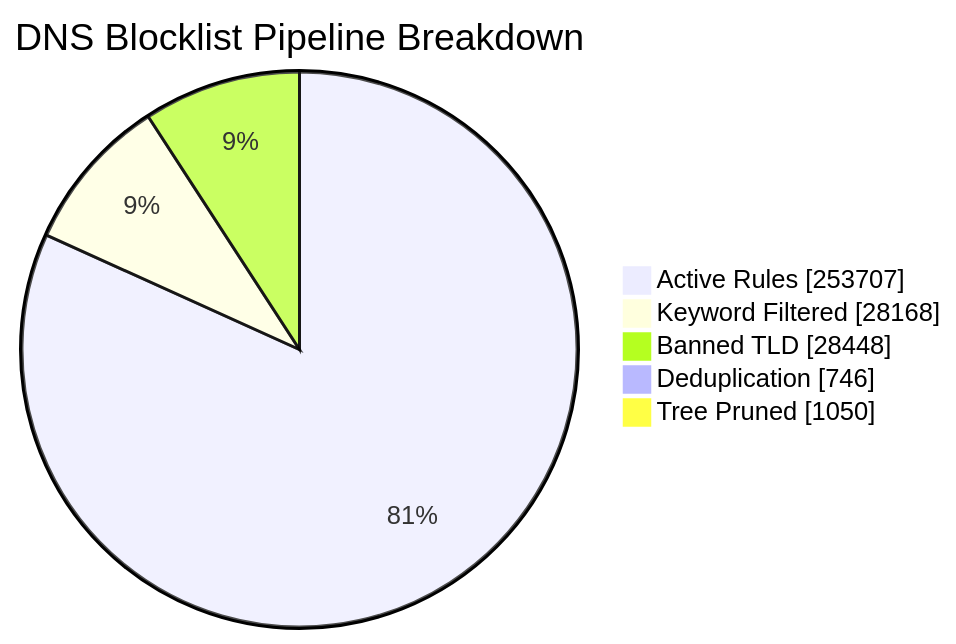
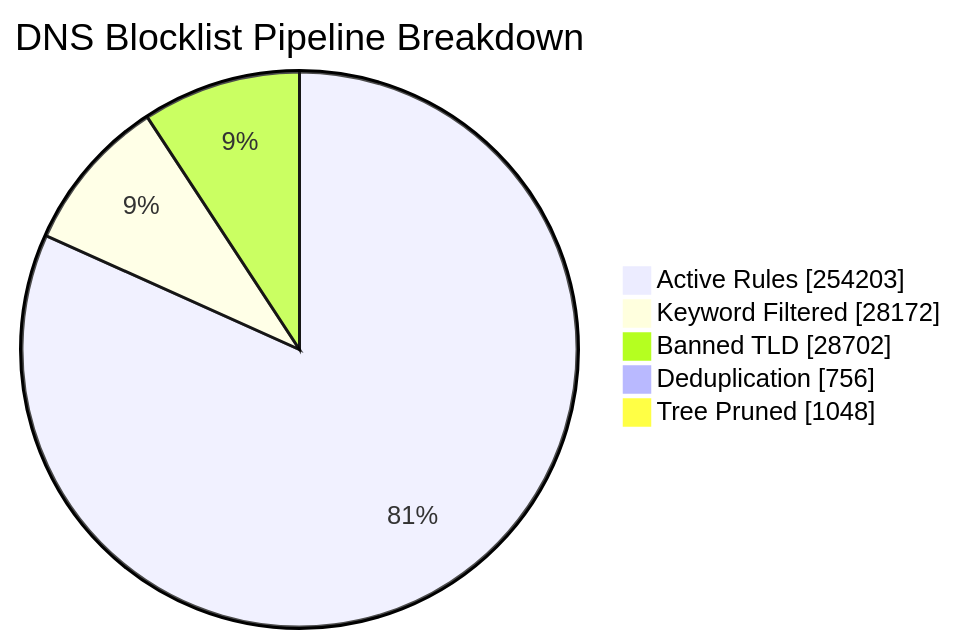
The first of 6 diagrams in README_STATS.md (brojangles24/Cloudflare-ZeroTrust-AdBlock), drawn with Mermaid before and after one commit. The commit also changed other lines of this file and 1 other file, not shown here.

````diff
--- a/README_STATS.md
+++ b/README_STATS.md
@@ -41,8 +41,8 @@
 ```mermaid
 pie showData title DNS Blocklist Pipeline Breakdown
-    "Active Rules"     : 253707
-    "Keyword Filtered" : 28168
-    "Banned TLD"       : 28448
-    "Deduplication"    : 746
-    "Tree Pruned"      : 1050
+    "Active Rules"     : 254203
+    "Keyword Filtered" : 28172
+    "Banned TLD"       : 28702
+    "Deduplication"    : 756
+    "Tree Pruned"      : 1048
 ```
````
